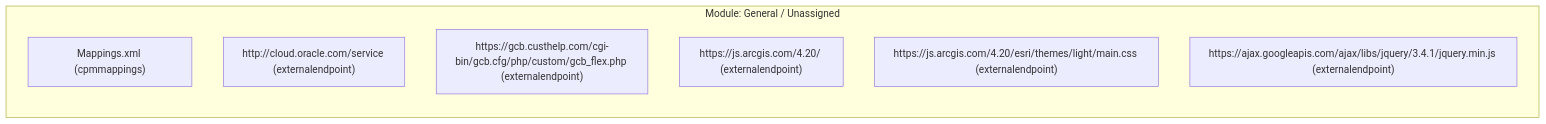
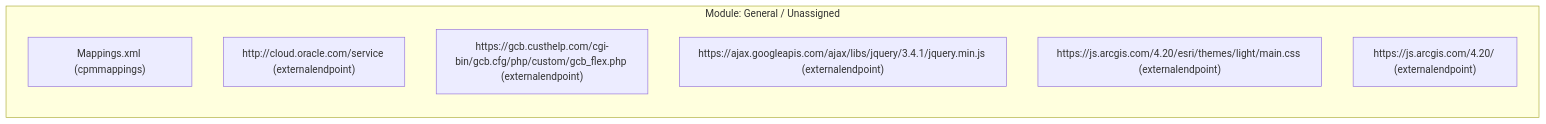
Before and after one commit to SujalMatolia0/Config_Migration: the third of 9 diagrams in results/COMPLETE_SYSTEM_MAPPING.md, drawn with Mermaid. The commit also changed other lines of this file and 26 other files, not shown here.

````diff
--- a/results/COMPLETE_SYSTEM_MAPPING.md
+++ b/results/COMPLETE_SYSTEM_MAPPING.md
@@ -157,11 +157,11 @@
 ```mermaid
 flowchart LR
   subgraph MOD_General___Unassigned ["Module: General / Unassigned"]
     N_cpmmappings_mappings_xml["Mappings.xml (cpmmappings)"]
     N_externalendpoint_http___cloud_oracle_com_service["http://cloud.oracle.com/service (externalendpoint)"]
     N_externalendpoint_https___gcb_custhelp_com_cgi_bin_gcb_cfg_php_custom_gcb_flex_php["https://gcb.custhelp.com/cgi-bin/gcb.cfg/php/custom/gcb_flex.php (externalendpoint)"]
+    N_externalendpoint_https___ajax_googleapis_com_ajax_libs_jquery_3_4_1_jquery_min_js["https://ajax.googleapis.com/ajax/libs/jquery/3.4.1/jquery.min.js (externalendpoint)"]
+    N_externalendpoint_https___js_arcgis_com_4_20_esri_themes_light_main_css["https://js.arcgis.com/4.20/esri/themes/light/main.css (externalendpoint)"]
     N_externalendpoint_https___js_arcgis_com_4_20_["https://js.arcgis.com/4.20/ (externalendpoint)"]
-    N_externalendpoint_https___js_arcgis_com_4_20_esri_themes_light_main_css["https://js.arcgis.com/4.20/esri/themes/light/main.css (externalendpoint)"]
-    N_externalendpoint_https___ajax_googleapis_com_ajax_libs_jquery_3_4_1_jquery_min_js["https://ajax.googleapis.com/ajax/libs/jquery/3.4.1/jquery.min.js (externalendpoint)"]
   end
 ```
````
